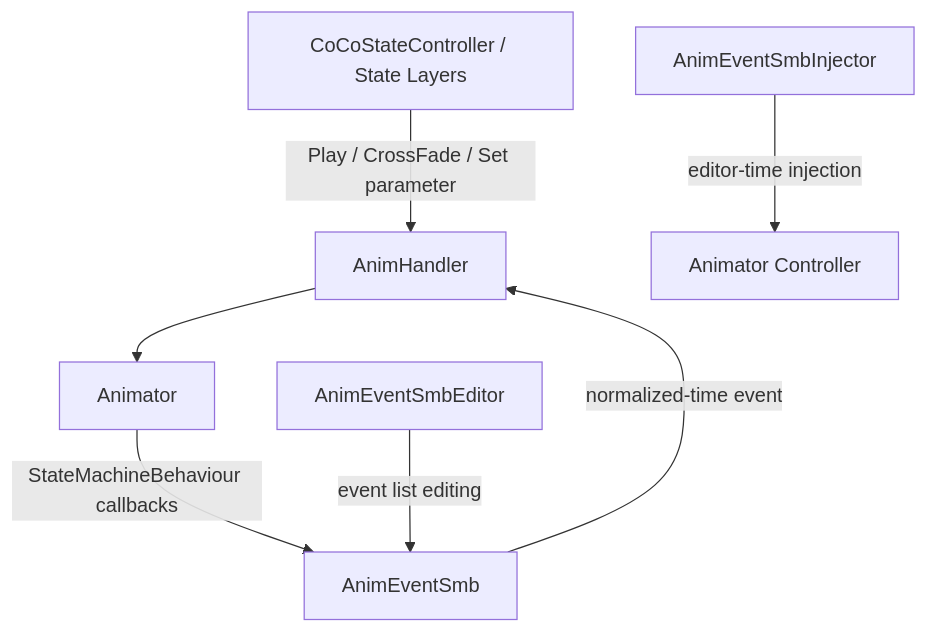
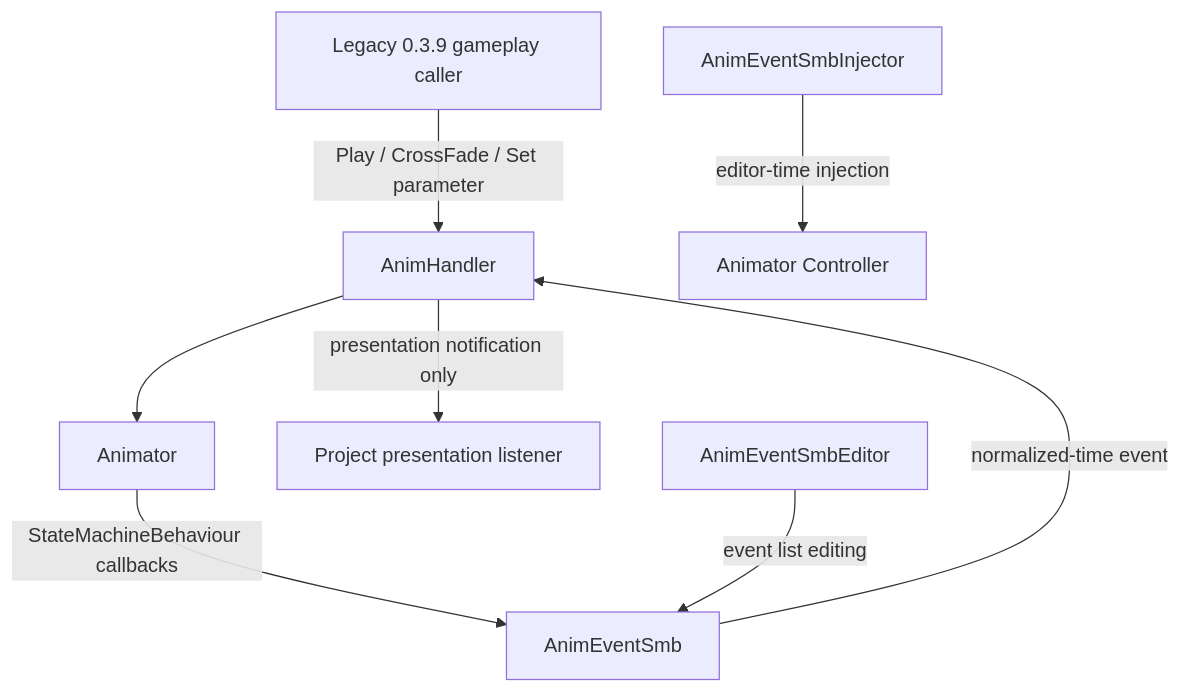
One commit to YunXEE/CoCoFlow changed the diagram in Docs/Module-Animation.md. Above: the diagram before and after it, drawn with Mermaid. The commit also changed other lines of this file and 185 other files, not shown here.

````diff
--- a/Docs/Module-Animation.md
+++ b/Docs/Module-Animation.md
@@ -11,9 +17,10 @@
 ```mermaid
 flowchart TD
-  State["CoCoStateController / State Layers"] -->|"Play / CrossFade / Set parameter"| AnimHandler["AnimHandler"]
+  LegacyCaller["Legacy 0.3.9 gameplay caller"] -->|"Play / CrossFade / Set parameter"| AnimHandler["AnimHandler"]
   AnimHandler --> Animator["Animator"]
   Animator -->|"StateMachineBehaviour callbacks"| AnimEventSmb["AnimEventSmb"]
   AnimEventSmb -->|"normalized-time event"| AnimHandler
+  AnimHandler -->|"presentation notification only"| ProjectListener["Project presentation listener"]
   Injector["AnimEventSmbInjector"] -->|"editor-time injection"| AnimatorController["Animator Controller"]
   Editor["AnimEventSmbEditor"] -->|"event list editing"| AnimEventSmb
 ```
````
